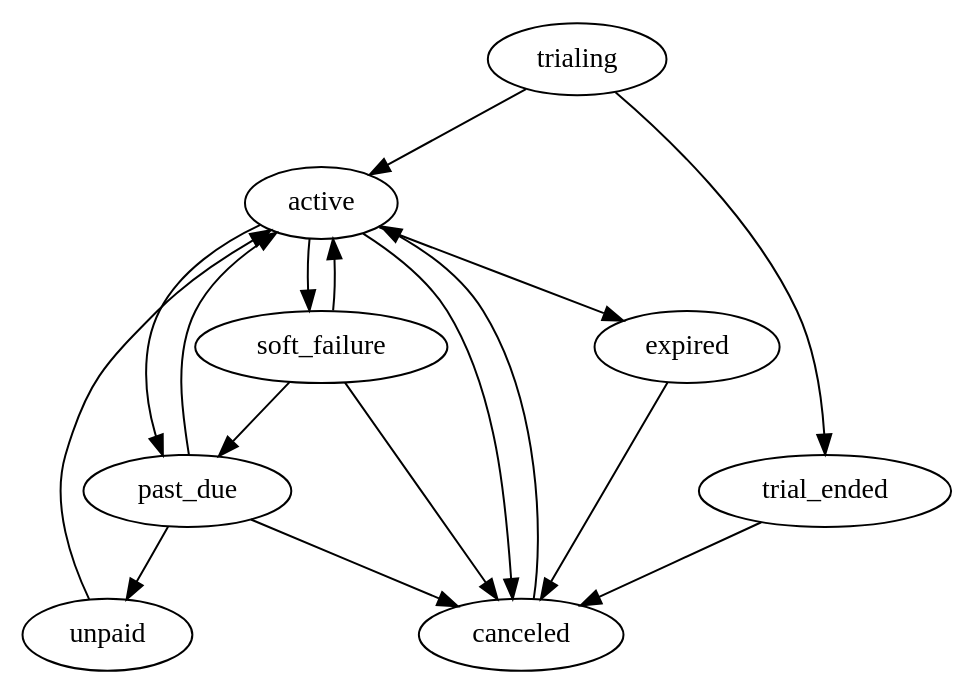
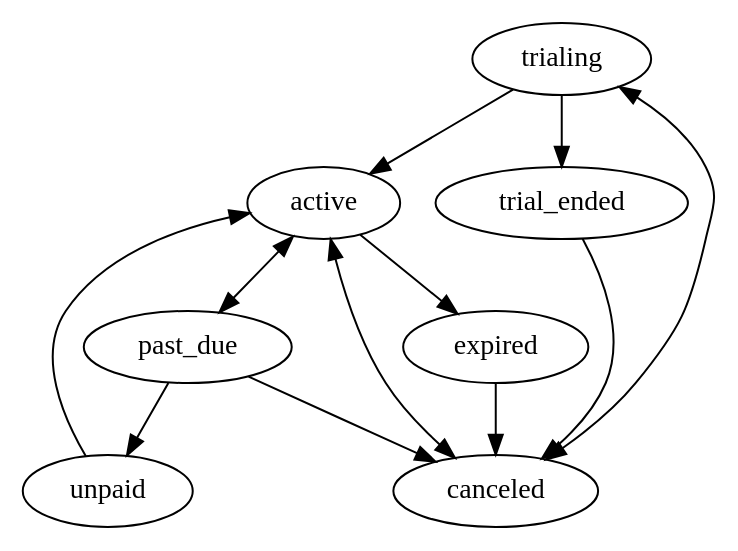
One commit to wsmoak/chargify-examples changed the diagram in subscription-states/subscription_states.dot. Above: the diagram before and after it, drawn with Graphviz. The commit also changed 1 other file, not shown here.

Commit message:
Update subscription states dot file and graph

```diff
--- a/subscription-states/subscription_states.dot
+++ b/subscription-states/subscription_states.dot
@@ -1,18 +1,17 @@
 digraph subscription_states {
+ concentrate=true;
  trialing -> active;
  trialing -> trial_ended;
+ trialing -> canceled;
  trial_ended -> canceled;
  active -> canceled;
  active -> past_due;
- active -> soft_failure;
  active -> expired;
- soft_failure -> active;
- soft_failure -> past_due;
- soft_failure -> canceled;
  past_due -> unpaid;
  past_due -> active;
  past_due -> canceled;
  unpaid -> active;
  expired -> canceled;
  canceled -> active;
+ canceled -> trialing;
 }
```
